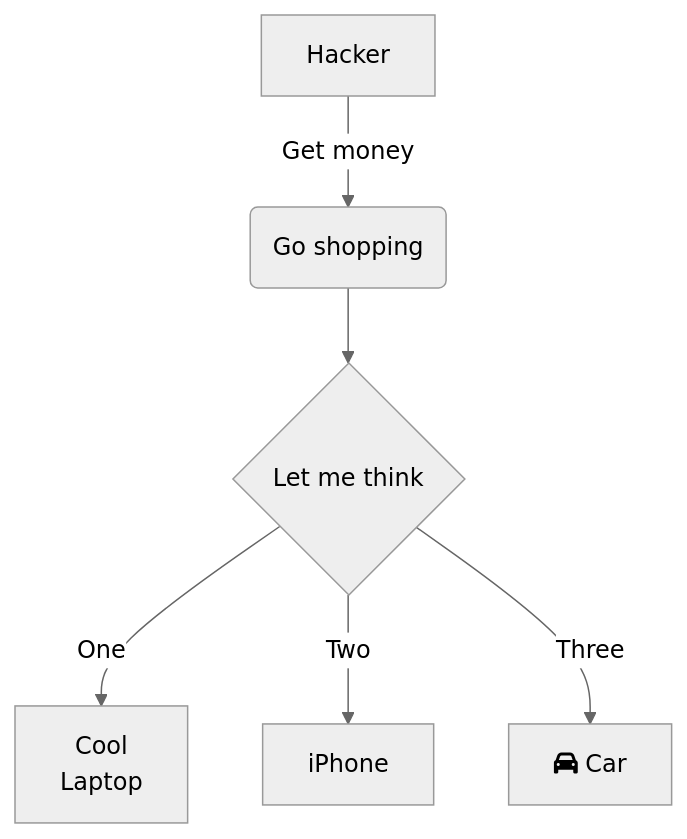
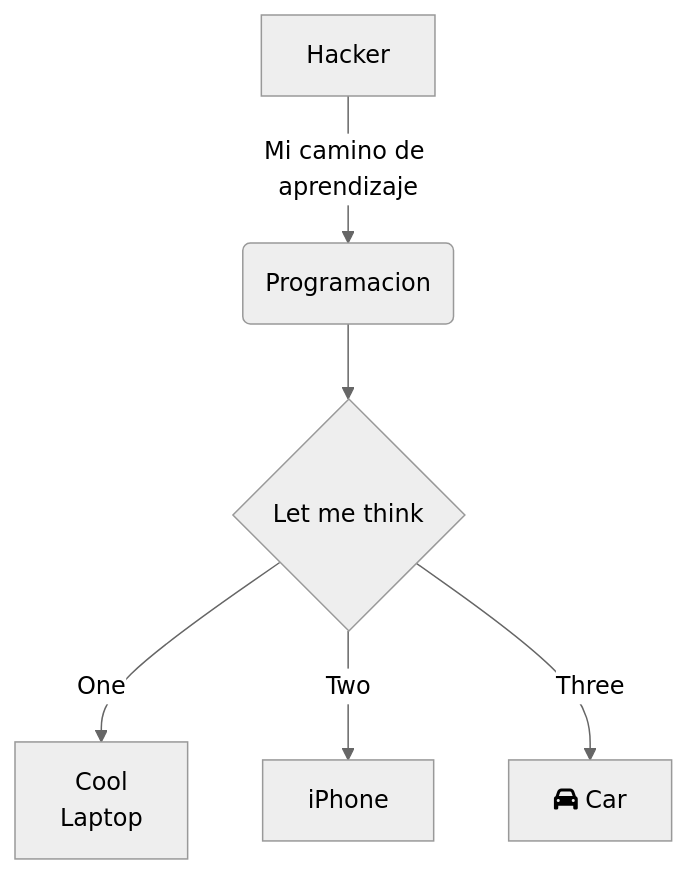
The diagram in README.md (VictorH028/VictorH028), drawn with Mermaid (neutral theme) before and after one commit.

Commit message:
👣v.0

````diff
--- a/README.md
+++ b/README.md
@@ -33,8 +33,8 @@
 ```mermaid
 graph TD
-    A[Hacker] -->|Get money| B(Go shopping)
+    A[Hacker] -->| Mi camino de aprendizaje | B(Programacion)
     B --> C{Let me think}
     C -->|One| D["Cool <br> Laptop"]
     C -->|Two| E[iPhone]
     C -->|Three| F[fa:fa-car Car]
 ```
````
